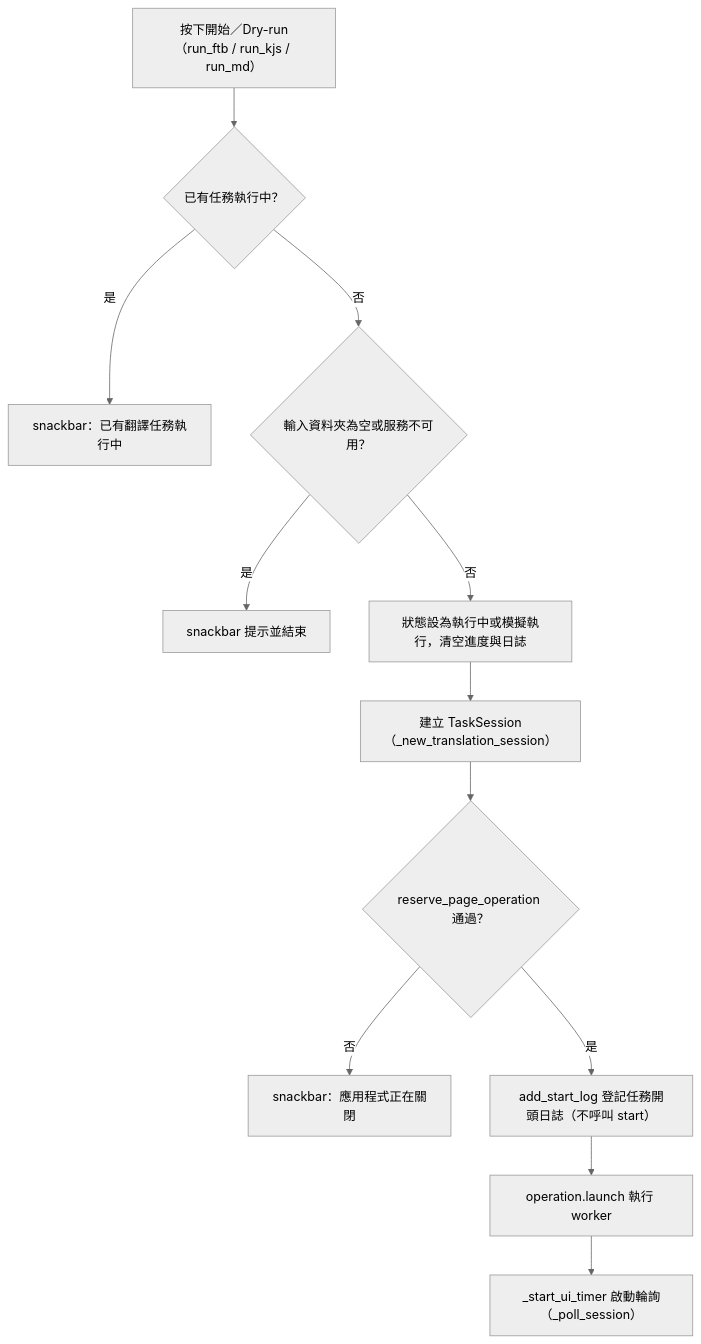
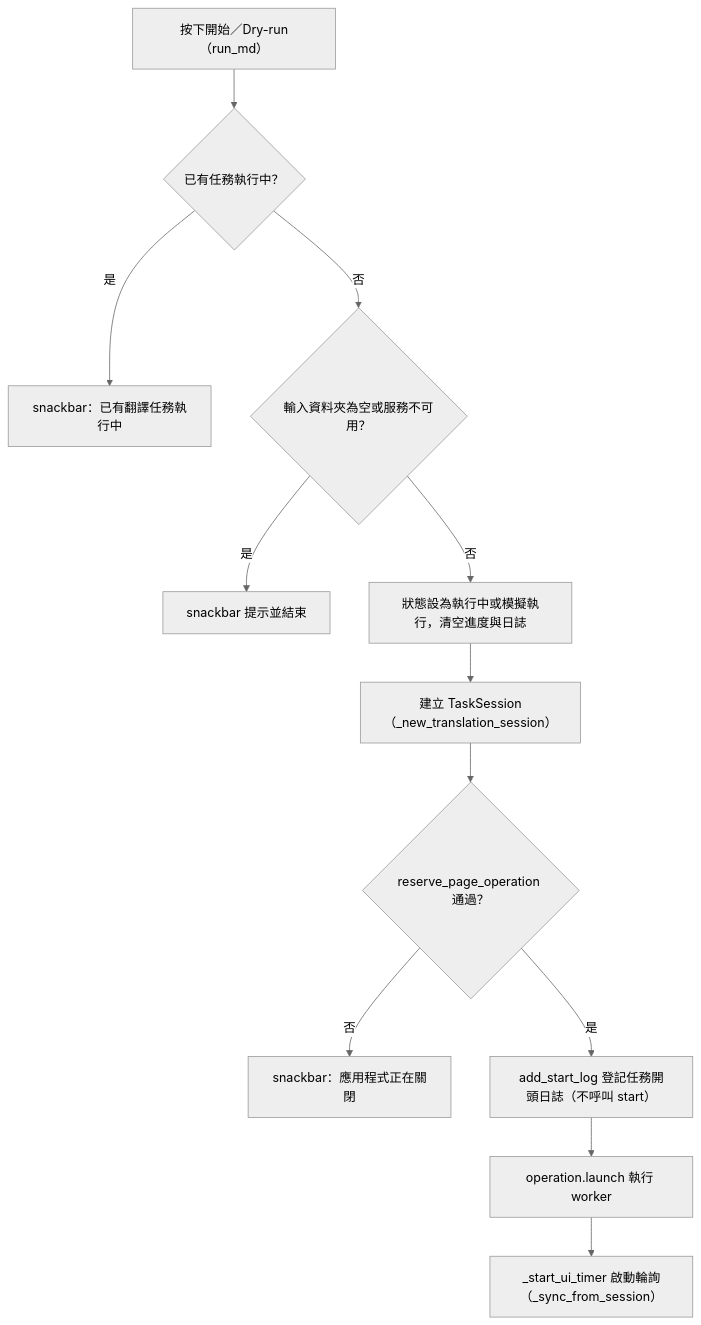
One commit to jlin53882/Minecraft-translate changed the first of 2 diagrams in docs/page_flows/translation.md. Above: the diagram before and after it, drawn with Mermaid (neutral theme). The commit also changed other lines of this file and 121 other files, not shown here.

````diff
--- a/docs/page_flows/translation.md
+++ b/docs/page_flows/translation.md
@@ -20,14 +18,14 @@
 ```mermaid
 flowchart TD
-  A["按下開始／Dry-run（run_ftb / run_kjs / run_md）"] --> B{"已有任務執行中？"}
+  A["按下開始／Dry-run（run_md）"] --> B{"已有任務執行中？"}
   B -- 是 --> B1["snackbar：已有翻譯任務執行中"]
   B -- 否 --> C{"輸入資料夾為空或服務不可用？"}
   C -- 是 --> C1["snackbar 提示並結束"]
   C -- 否 --> D["狀態設為執行中或模擬執行，清空進度與日誌"]
   D --> E["建立 TaskSession（_new_translation_session）"]
   E --> F{"reserve_page_operation 通過？"}
   F -- 否 --> F1["snackbar：應用程式正在關閉"]
   F -- 是 --> G["add_start_log 登記任務開頭日誌（不呼叫 start）"]
   G --> H["operation.launch 執行 worker"]
-  H --> I["_start_ui_timer 啟動輪詢（_poll_session）"]
+  H --> I["_start_ui_timer 啟動輪詢（_sync_from_session）"]
 ```
````
